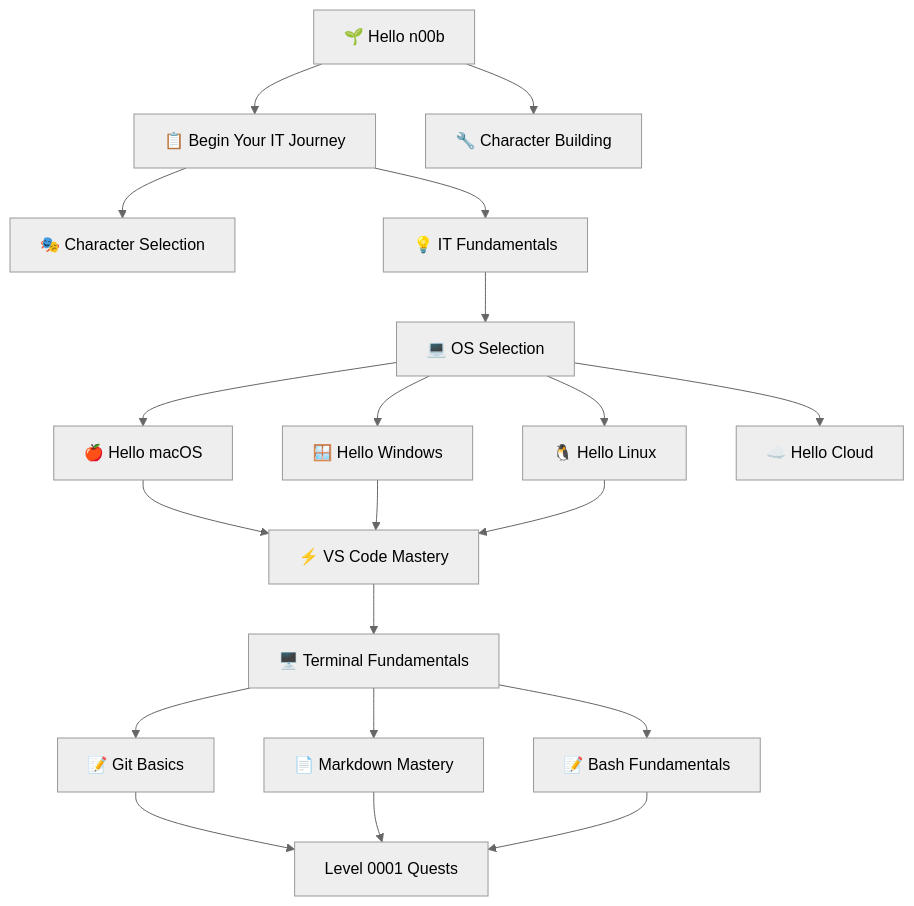
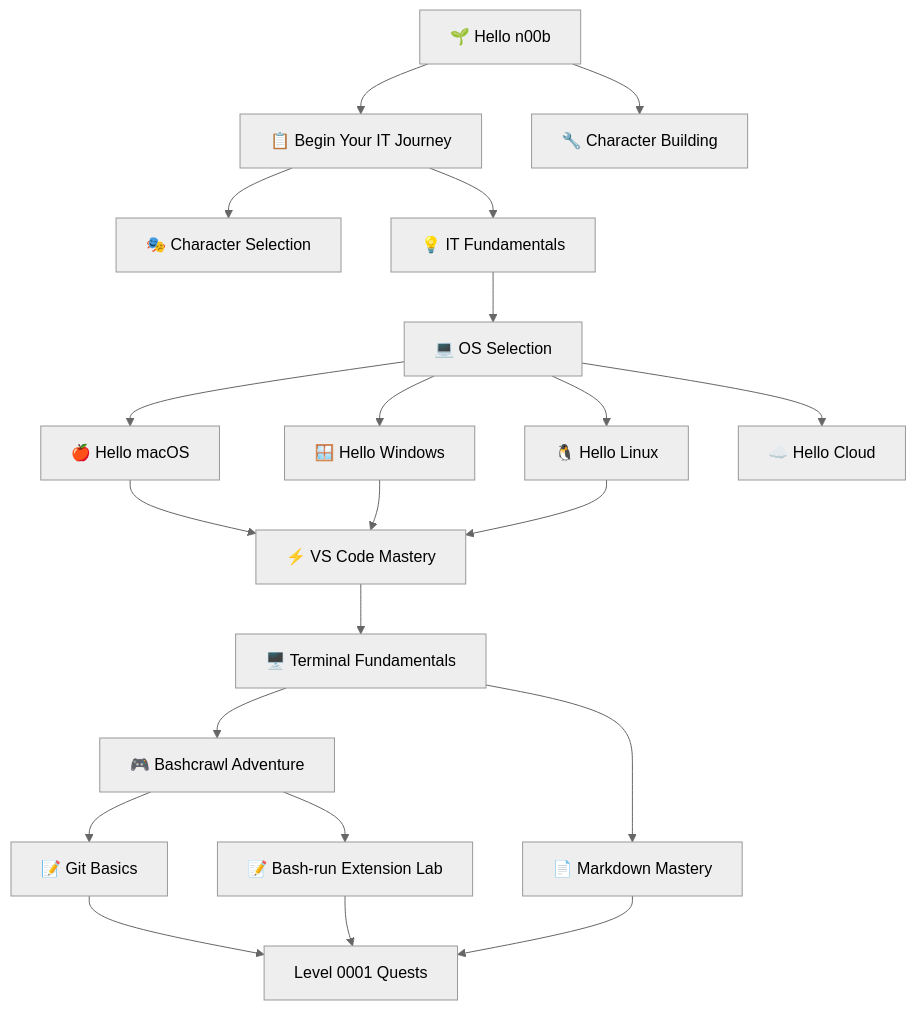
The diagram in docs/it-journey/pages/_quests/0000/README.md (bamr87/README), drawn with Mermaid (neutral theme) before and after one commit. The commit also changed other lines of this file and 911 other files, not shown here.

````diff
--- a/docs/it-journey/pages/_quests/0000/README.md
+++ b/docs/it-journey/pages/_quests/0000/README.md
@@ -332,22 +363,23 @@
 ```mermaid
 graph TD
     A[🌱 Hello n00b] --> B[📋 Begin Your IT Journey]
     A --> C[🔧 Character Building]
     B --> D[🎭 Character Selection]
     B --> E[💡 IT Fundamentals]
     E --> F[💻 OS Selection]
     F --> G[🍎 Hello macOS]
     F --> H[🪟 Hello Windows]
     F --> I[🐧 Hello Linux]
     F --> J[☁️ Hello Cloud]
     G --> K[⚡ VS Code Mastery]
     H --> K
     I --> K
     K --> N[🖥️ Terminal Fundamentals]
-    N --> O[📝 Git Basics]
+    N --> Q[🎮 Bashcrawl Adventure]
+    Q --> O[📝 Git Basics]
     N --> P[📄 Markdown Mastery]
-    N --> L[📝 Bash Fundamentals]
+    Q --> L[📝 Bash-run Extension Lab]
     O --> M[Level 0001 Quests]
     P --> M
     L --> M
 ```
````
